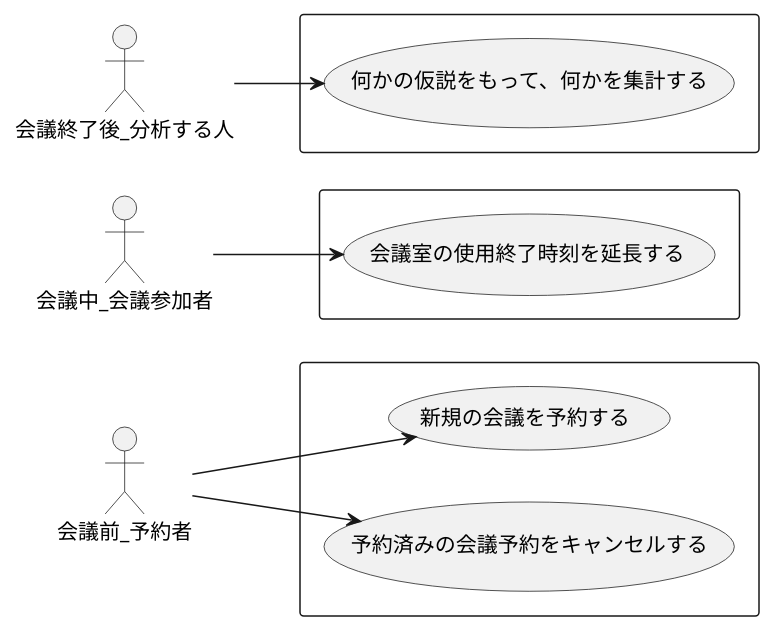
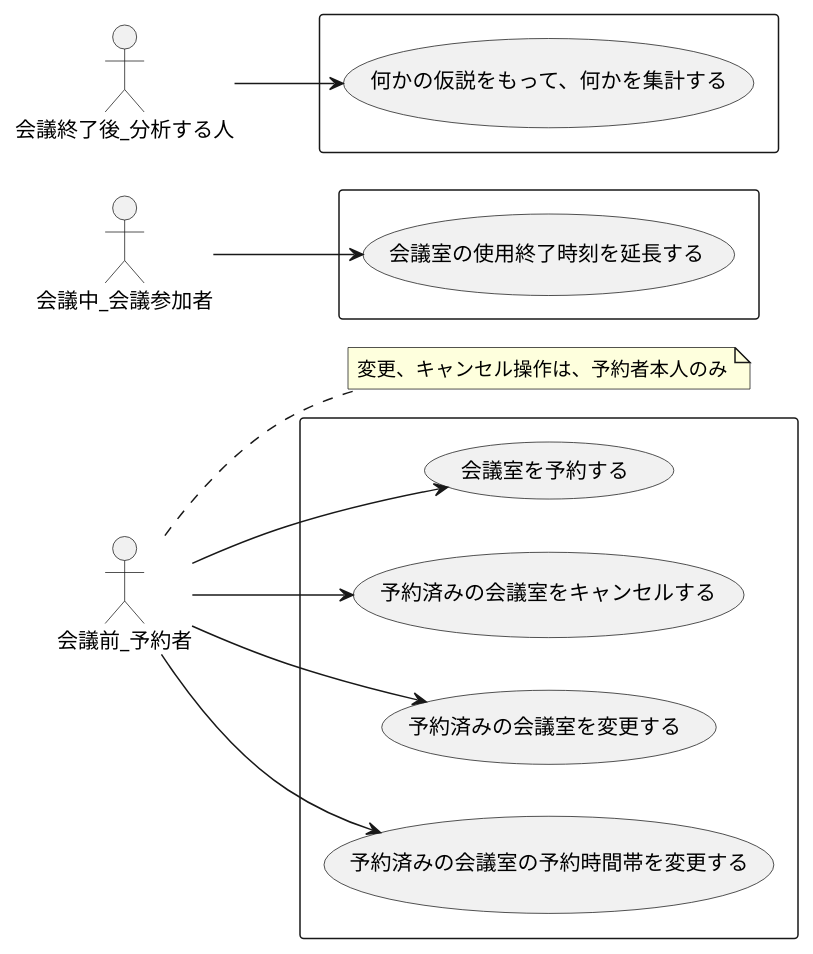
One commit to ModelingKai/meeting-room-python changed the diagram in diagram/ユースケース.puml. Above: the diagram before and after it, drawn with PlantUML. The commit also changed 1 other file, not shown here.

Commit message:
業務フロー図を作成した。なぜなら、ユースケース図の妥当性を検証したかった
- ユースケースの妥当性を検証するために、その背後にある業務フローを洗い出してみた
- 業務フローを書くことによって、延長をするというユースケースは、予約の段階では出てこないものであることが、わかった
  - 予想通りだった
- 業務フローで合意することとして、ユースケースの名前が適切であることを合意すること
  - RDRA2.0の5.6業務フロー図のところに書いてある
  - 実際に、「新規の会議を予約する」→「会議室を予約する」に変わった
    - 狙い通りだった
- リアルに考えることによって、予約するときに初めて空いているかどうかが、予約結果をもってわかる
  - カラオケ、満喫が参考イメージ
    - 使いたい部屋とかは、あまり興味がない。空いているかどうかが大事
    - あっても、Joy派、DAM派や、広いか狭いかぐらい。
    - 304号室空いているー？　なんて訊き方はしない
- 会議室の予約の業務フローの中に、2つのユースケース

```diff
--- a/diagram/ユースケース.puml
+++ b/diagram/ユースケース.puml
@@ -1,21 +1,24 @@
 @startuml
 left to right direction
 
 actor 会議前_予約者 as a1
+note right : 変更、キャンセル操作は、予約者本人のみ
 actor 会議中_会議参加者  as a3
 actor 会議終了後_分析する人 as a2
 
 rectangle {
-    a1 --> (新規の会議を予約する)
-    a1 --> (予約済みの会議予約をキャンセルする)
+    a1 --> (会議室を予約する)
+    a1 --> (予約済みの会議室をキャンセルする)
+    a1 --> (予約済みの会議室を変更する)
+    a1 --> (予約済みの会議室の予約時間帯を変更する)
 }
 
 rectangle {
     a2 --> (何かの仮説をもって、何かを集計する)
 }
 
 rectangle {
     a3 --> (会議室の使用終了時刻を延長する)
 }
 
 @enduml
```
